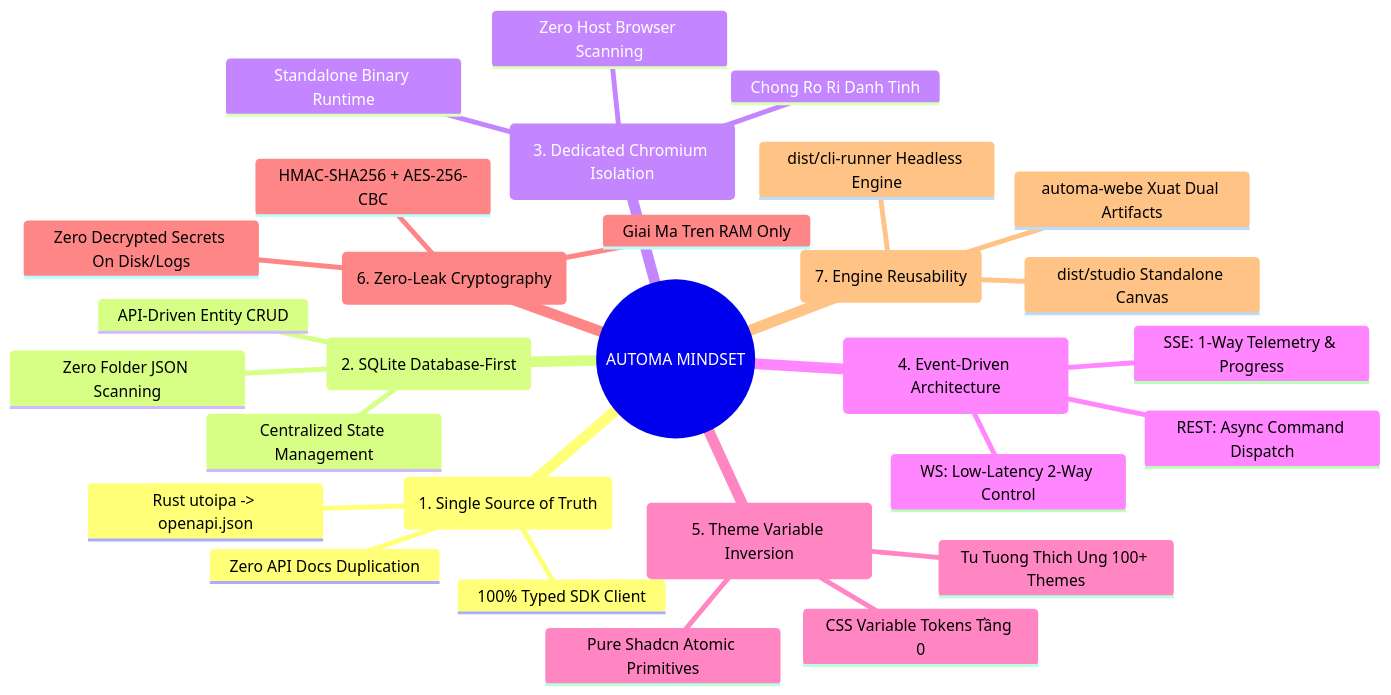
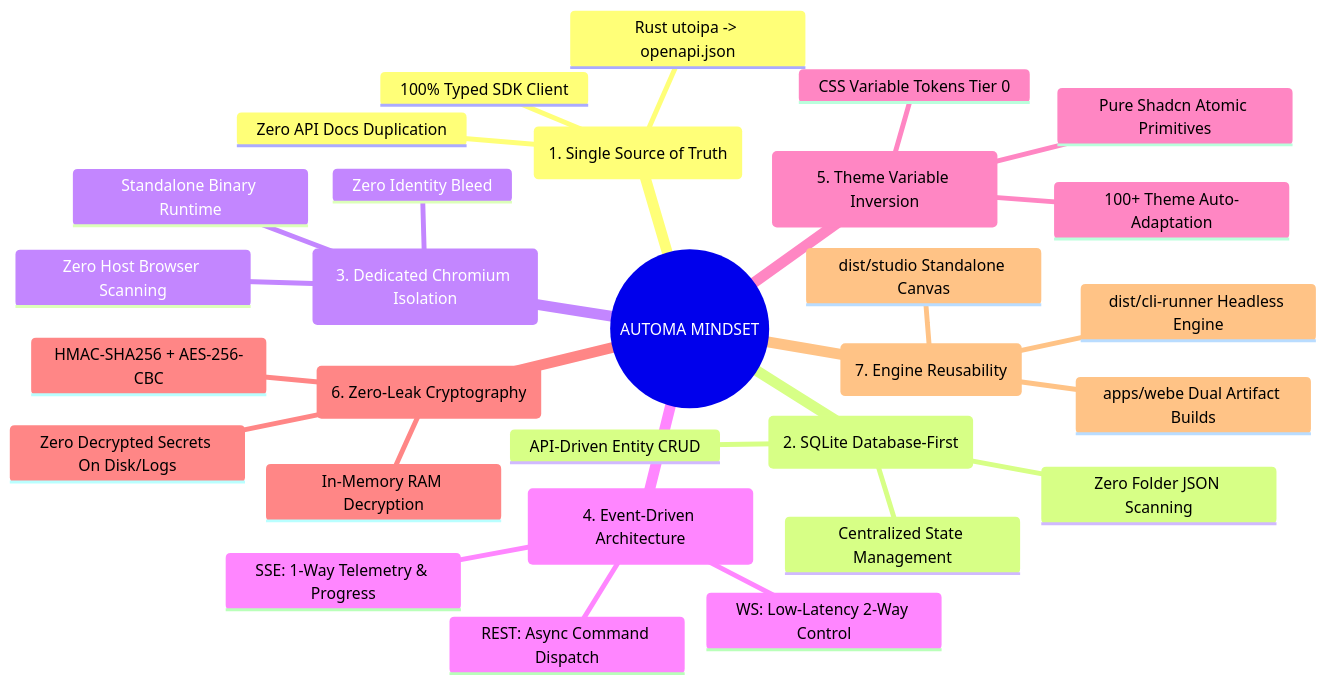
Before and after one commit to tuquet/automa: the diagram in docs/Home.md, drawn with Mermaid. The commit also changed other lines of this file and 26 other files, not shown here.

````diff
--- a/docs/Home.md
+++ b/docs/Home.md
@@ -15,32 +15,32 @@
 ```mermaid
 mindmap
   root((AUTOMA MINDSET))
     (1. Single Source of Truth)
       Rust utoipa -> openapi.json
       Zero API Docs Duplication
       100% Typed SDK Client
     (2. SQLite Database-First)
       Zero Folder JSON Scanning
       Centralized State Management
       API-Driven Entity CRUD
     (3. Dedicated Chromium Isolation)
       Zero Host Browser Scanning
       Standalone Binary Runtime
-      Chong Ro Ri Danh Tinh
+      Zero Identity Bleed
     (4. Event-Driven Architecture)
       REST: Async Command Dispatch
       SSE: 1-Way Telemetry & Progress
       WS: Low-Latency 2-Way Control
     (5. Theme Variable Inversion)
       Pure Shadcn Atomic Primitives
-      CSS Variable Tokens Tầng 0
-      Tu Tuong Thich Ung 100+ Themes
+      CSS Variable Tokens Tier 0
+      100+ Theme Auto-Adaptation
     (6. Zero-Leak Cryptography)
       HMAC-SHA256 + AES-256-CBC
-      Giai Ma Tren RAM Only
+      In-Memory RAM Decryption
       Zero Decrypted Secrets On Disk/Logs
     (7. Engine Reusability)
-      automa-webe Xuat Dual Artifacts
+      apps/webe Dual Artifact Builds
       dist/cli-runner Headless Engine
       dist/studio Standalone Canvas
 ```
````
